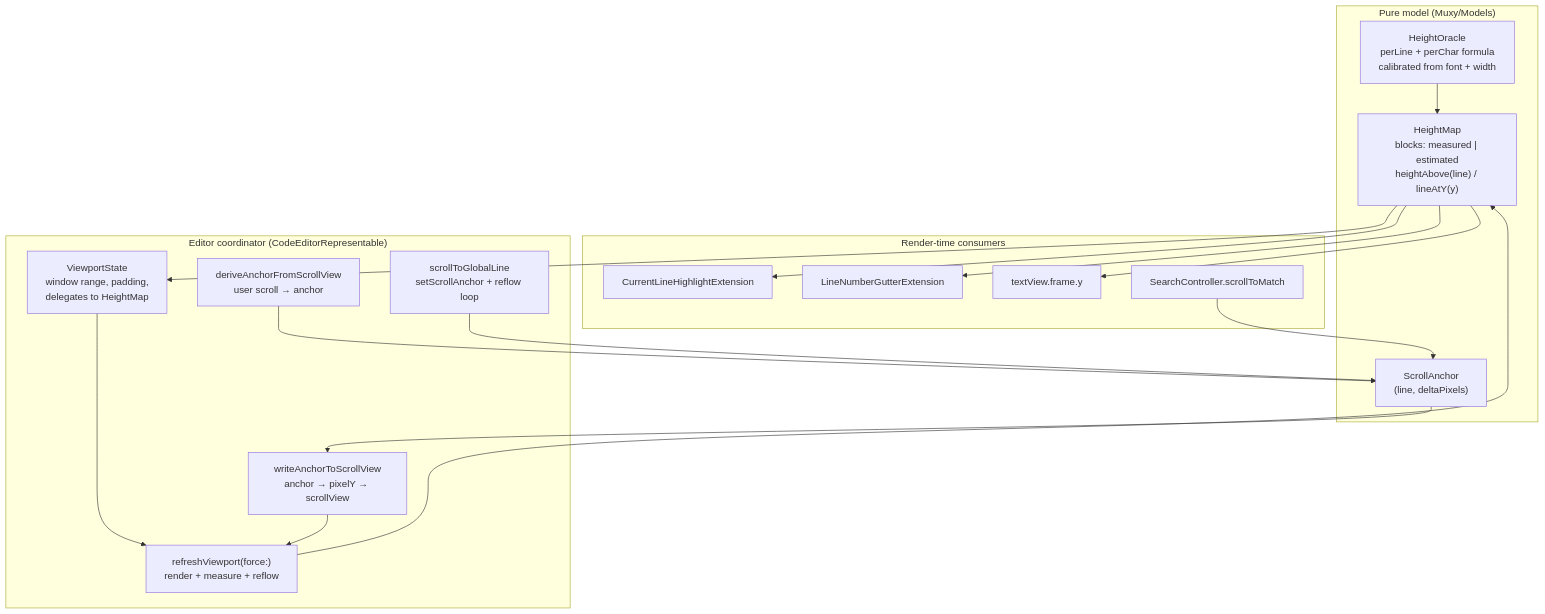
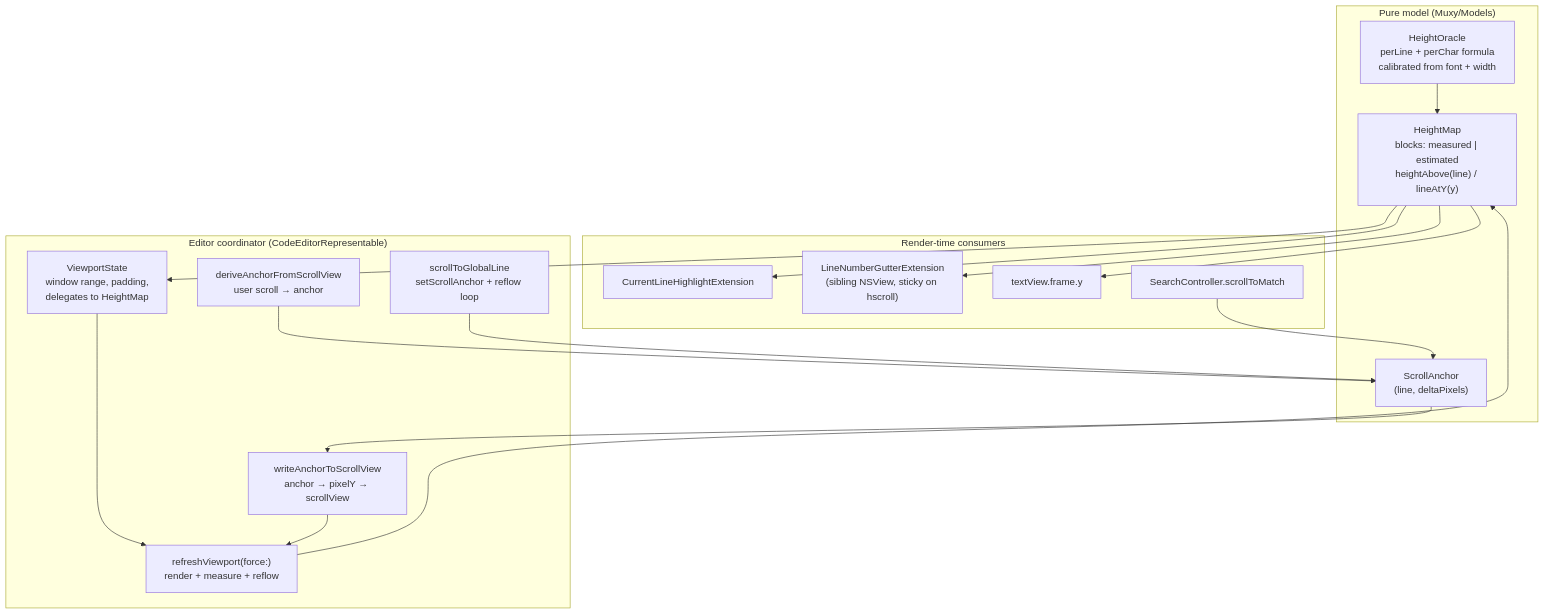
The first of 4 diagrams in docs/developer/architecture/editor-geometry.md (jasonkneen/muxy), drawn with Mermaid before and after one commit. The commit also changed other lines of this file and 4 other files, not shown here.

First line of the commit message:
Fix sticky gutter on editor (#363)

````diff
--- a/docs/developer/architecture/editor-geometry.md
+++ b/docs/developer/architecture/editor-geometry.md
@@ -7,36 +7,36 @@
 ```mermaid
 flowchart TB
   subgraph Pure["Pure model (Muxy/Models)"]
     Oracle["HeightOracle<br/>perLine + perChar formula<br/>calibrated from font + width"]
     Map["HeightMap<br/>blocks: measured | estimated<br/>heightAbove(line) / lineAtY(y)"]
     Anchor["ScrollAnchor<br/>(line, deltaPixels)"]
   end
 
   subgraph Editor["Editor coordinator (CodeEditorRepresentable)"]
     Viewport["ViewportState<br/>window range, padding,<br/>delegates to HeightMap"]
     Refresh["refreshViewport(force:)<br/>render + measure + reflow"]
     Jump["scrollToGlobalLine<br/>setScrollAnchor + reflow loop"]
     Write["writeAnchorToScrollView<br/>anchor → pixelY → scrollView"]
     Derive["deriveAnchorFromScrollView<br/>user scroll → anchor"]
   end
 
   subgraph Render["Render-time consumers"]
     Highlight["CurrentLineHighlightExtension"]
-    Gutter["LineNumberGutterExtension"]
+    Gutter["LineNumberGutterExtension<br/>(sibling NSView, sticky on hscroll)"]
     Frame["textView.frame.y"]
     Search["SearchController.scrollToMatch"]
   end
 
   Oracle --> Map
   Map --> Viewport
   Viewport --> Refresh
   Refresh --> Map
   Anchor --> Write
   Write --> Refresh
   Derive --> Anchor
   Jump --> Anchor
   Search --> Anchor
   Map --> Highlight
   Map --> Gutter
   Map --> Frame
 ```
````
